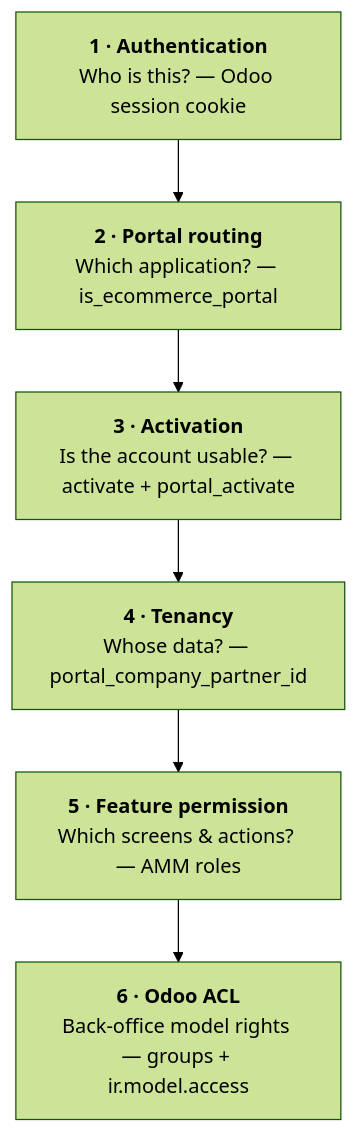
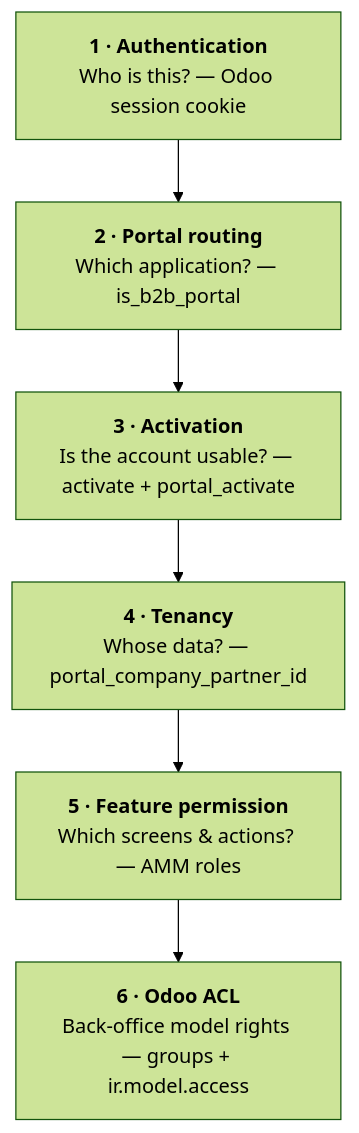
Before and after one commit to LaplaceSoftware/lp_projects_docs: the first of 8 diagrams in docs/b2b_ecommerce_docs/_technical_docs/007-Authentication-and-Authorization.md, drawn with Mermaid (forest theme). The commit also changed other lines of this file and 21 other files, not shown here.

````diff
--- a/docs/b2b_ecommerce_docs/_technical_docs/007-Authentication-and-Authorization.md
+++ b/docs/b2b_ecommerce_docs/_technical_docs/007-Authentication-and-Authorization.md
@@ -5,9 +5,9 @@
 ```mermaid
 flowchart TB
     A["<b>1 · Authentication</b><br/>Who is this? — Odoo session cookie"] --> B
-    B["<b>2 · Portal routing</b><br/>Which application? — is_ecommerce_portal"] --> C
+    B["<b>2 · Portal routing</b><br/>Which application? — is_b2b_portal"] --> C
     C["<b>3 · Activation</b><br/>Is the account usable? — activate + portal_activate"] --> D
     D["<b>4 · Tenancy</b><br/>Whose data? — portal_company_partner_id"] --> E
     E["<b>5 · Feature permission</b><br/>Which screens & actions? — AMM roles"] --> F
     F["<b>6 · Odoo ACL</b><br/>Back-office model rights — groups + ir.model.access"]
 ```
````
